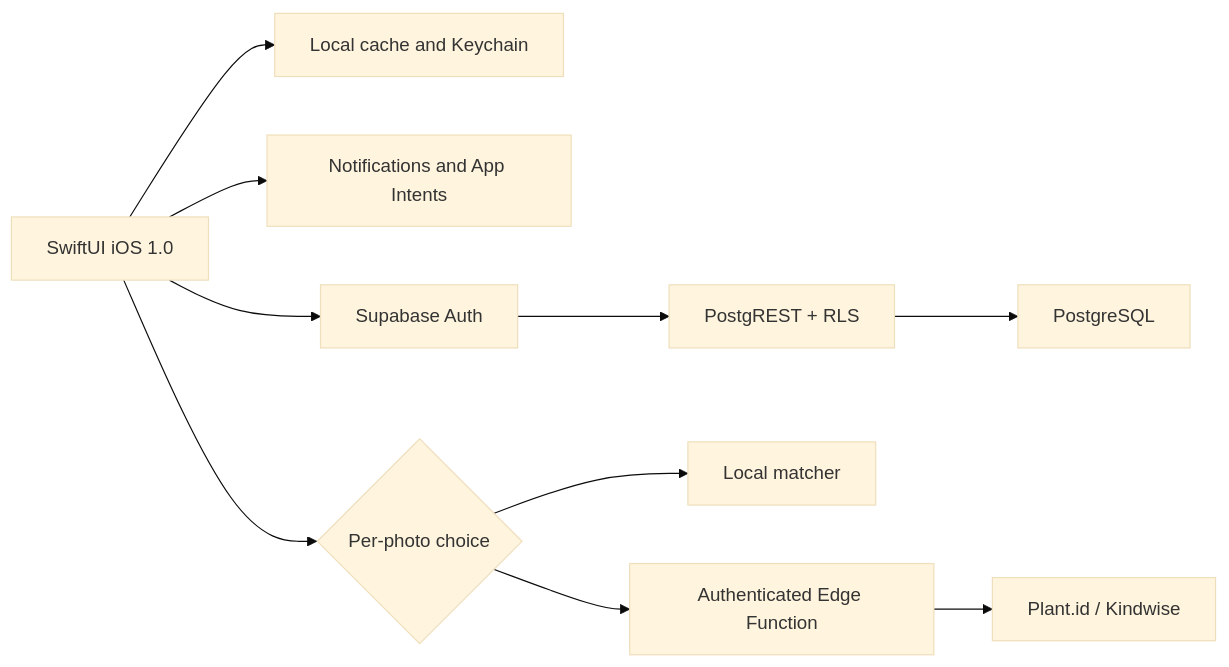
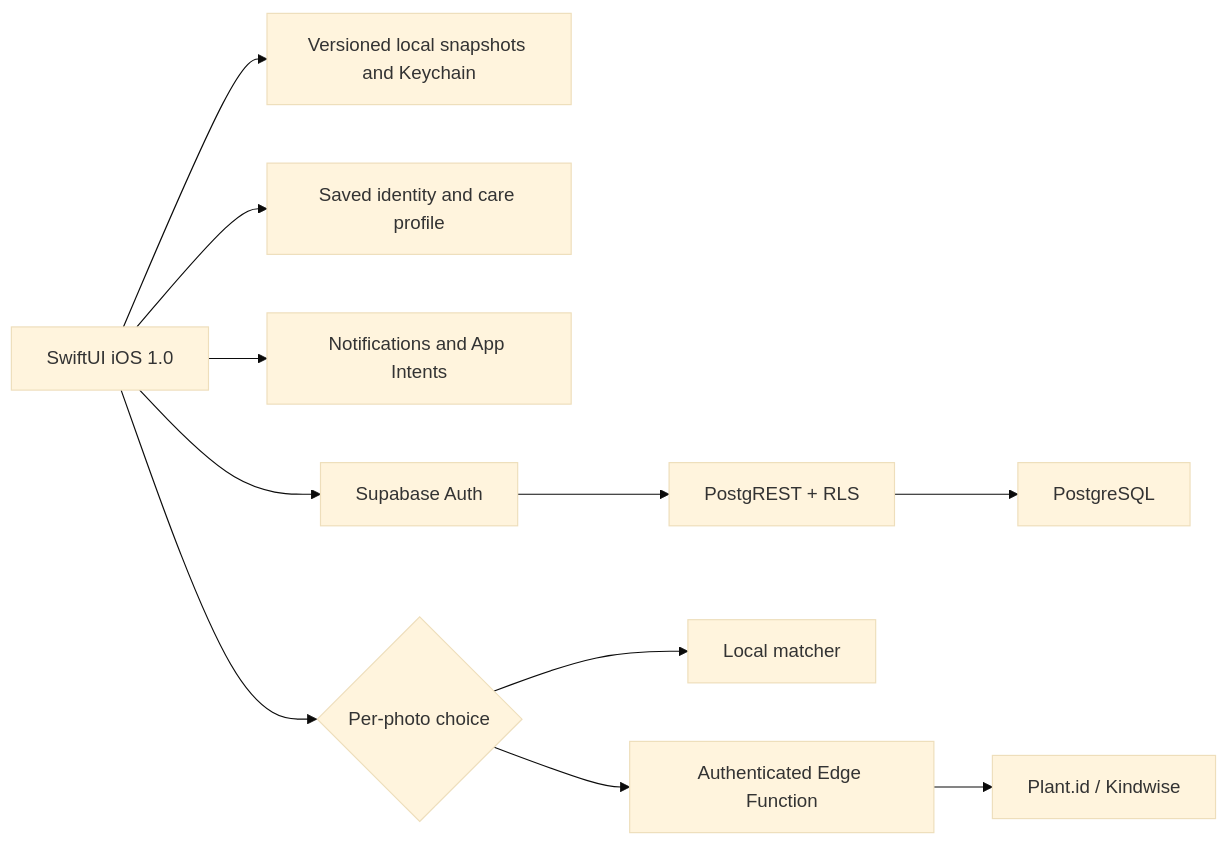
Before and after one commit to juliosuas/rocio: the diagram in README.md, drawn with Mermaid (base theme). The commit also changed other lines of this file and 45 other files, not shown here.

````diff
--- a/README.md
+++ b/README.md
@@ -74,12 +78,13 @@
 ```mermaid
 flowchart LR
-    UI["SwiftUI iOS 1.0"] --> Cache["Local cache and Keychain"]
+    UI["SwiftUI iOS 1.0"] --> Cache["Versioned local snapshots and Keychain"]
+    UI --> Identity["Saved identity and care profile"]
     UI --> Notify["Notifications and App Intents"]
     UI --> Auth["Supabase Auth"]
     Auth --> API["PostgREST + RLS"]
     API --> DB["PostgreSQL"]
     UI --> Choice{"Per-photo choice"}
     Choice --> Local["Local matcher"]
     Choice --> Edge["Authenticated Edge Function"]
     Edge --> PlantID["Plant.id / Kindwise"]
 ```
````
